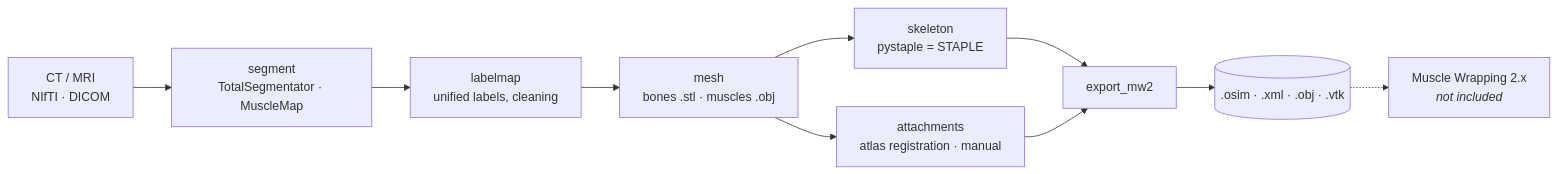
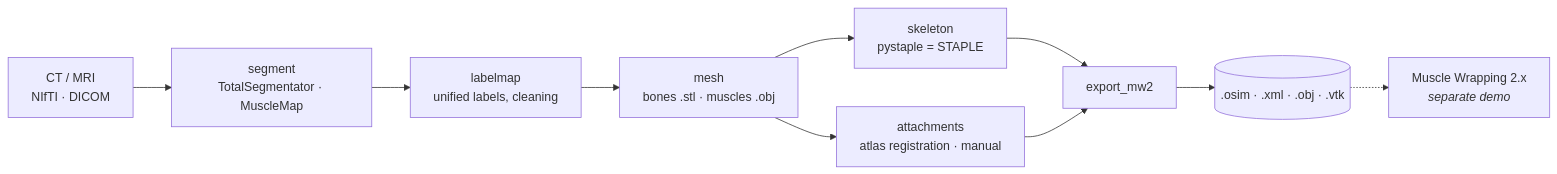
The diagram in README.md (PatrikMrnka/msk-pipe-kiv), drawn with Mermaid before and after one commit. The commit also changed other lines of this file and 21 other files, not shown here.

First line of the commit message:
feat: Muscle Wrapping 2.x demo asset (#62)

````diff
--- a/README.md
+++ b/README.md
@@ -20,12 +20,12 @@
 ```mermaid
 flowchart LR
     A[CT / MRI<br/>NIfTI · DICOM] --> B[segment<br/>TotalSegmentator · MuscleMap]
     B --> C[labelmap<br/>unified labels, cleaning]
     C --> D[mesh<br/>bones .stl · muscles .obj]
     D --> E[skeleton<br/>pystaple = STAPLE]
     D --> F[attachments<br/>atlas registration · manual]
     E --> G[export_mw2]
     F --> G
     G --> H[(.osim · .xml · .obj · .vtk)]
-    H -.-> I[Muscle Wrapping 2.x<br/><i>not included</i>]
+    H -.-> I[Muscle Wrapping 2.x<br/><i>separate demo</i>]
 ```
````
